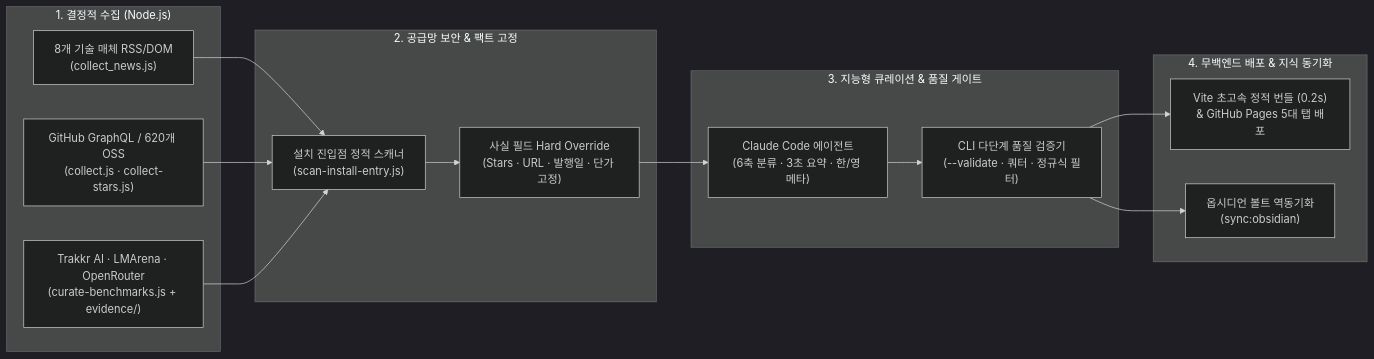
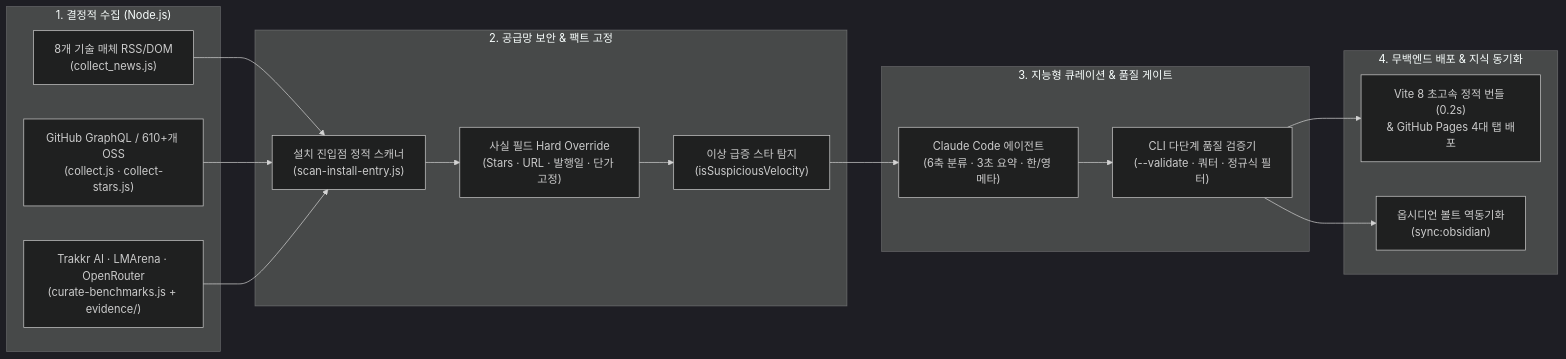
The diagram in README.md (ldk-hub/ai-weekly), drawn with Mermaid (dark theme) before and after one commit. The commit also changed other lines of this file, not shown here.

````diff
--- a/README.md
+++ b/README.md
@@ -31,25 +32,26 @@
 ```mermaid
 flowchart LR
     subgraph Collect["1. 결정적 수집 (Node.js)"]
         S1["8개 기술 매체 RSS/DOM\n(collect_news.js)"]
-        S2["GitHub GraphQL / 620개 OSS\n(collect.js · collect-stars.js)"]
+        S2["GitHub GraphQL / 610+개 OSS\n(collect.js · collect-stars.js)"]
         S3["Trakkr AI · LMArena · OpenRouter\n(curate-benchmarks.js + evidence/)"]
     end
 
     subgraph Guard["2. 공급망 보안 & 팩트 고정"]
         G1["설치 진입점 정적 스캐너\n(scan-install-entry.js)"]
         G2["사실 필드 Hard Override\n(Stars · URL · 발행일 · 단가 고정)"]
+        G3["이상 급증 스타 탐지\n(isSuspiciousVelocity)"]
     end
 
     subgraph Curate["3. 지능형 큐레이션 & 품질 게이트"]
         C1["Claude Code 에이전트\n(6축 분류 · 3초 요약 · 한/영 메타)"]
         C2["CLI 다단계 품질 검증기\n(--validate · 쿼터 · 정규식 필터)"]
     end
 
     subgraph Publish["4. 무백엔드 배포 & 지식 동기화"]
-        P1["Vite 초고속 정적 번들 (0.2s)\n& GitHub Pages 5대 탭 배포"]
+        P1["Vite 8 초고속 정적 번들 (0.2s)\n& GitHub Pages 4대 탭 배포"]
         P2["옵시디언 볼트 역동기화\n(sync:obsidian)"]
     end
 
-    S1 & S2 & S3 --> G1 --> G2 --> C1 --> C2 --> P1 & P2
+    S1 & S2 & S3 --> G1 --> G2 --> G3 --> C1 --> C2 --> P1 & P2
 ```
````
